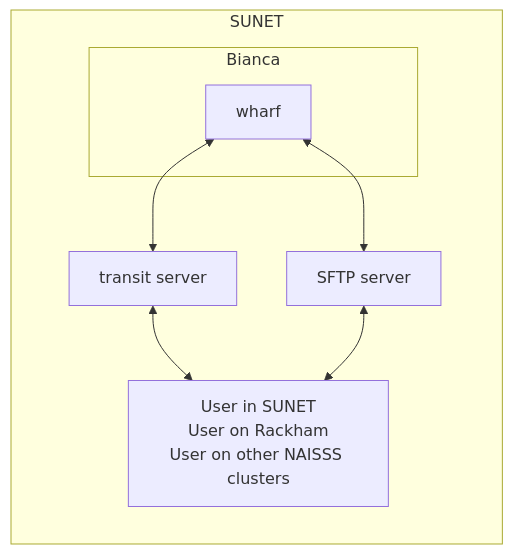
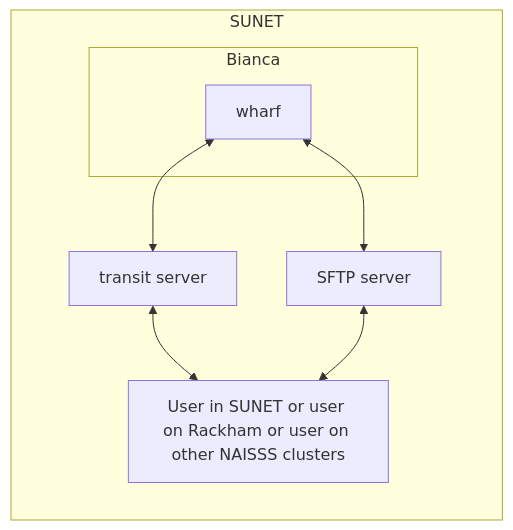
Before and after one commit to UPPMAX/UPPMAX-documentation: the diagram in docs/cluster_guides/transfer_bianca.md, drawn with Mermaid. The commit also changed 6 other files, not shown here.

````diff
--- a/docs/cluster_guides/transfer_bianca.md
+++ b/docs/cluster_guides/transfer_bianca.md
@@ -3,15 +3,15 @@
 ```mermaid
 flowchart LR
   subgraph sunet[SUNET]
     subgraph bianca[Bianca]
       wharf
     end
     transit[transit server]
     sftp_server[SFTP server]
-    user[User in SUNET\nUser on Rackham\nUser on other NAISSS clusters\n]
+    user[User in SUNET or user on Rackham or user on other NAISSS clusters]
     wharf <--> transit
     wharf <--> sftp_server
     transit <--> user
     sftp_server <--> user
   end
 ```
````
